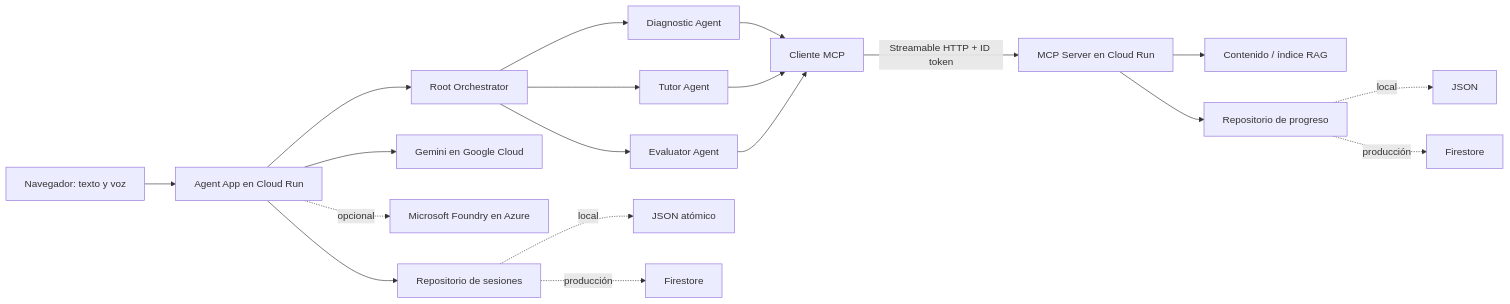
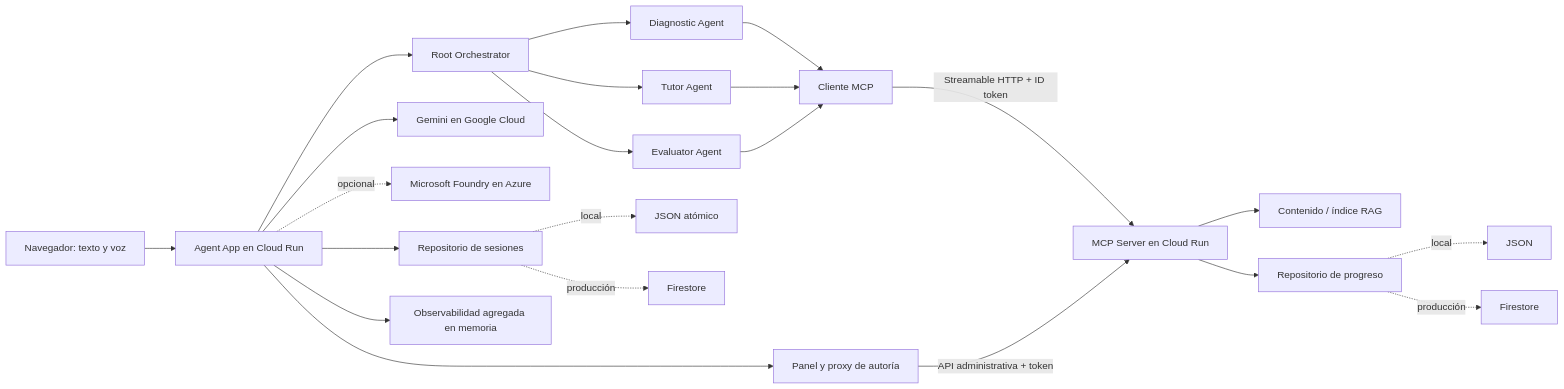
Before and after one commit to GDriem/AITeacher: the first of 2 diagrams in docs/architecture.md, drawn with Mermaid. The commit also changed other lines of this file and 5 other files, not shown here.

````diff
--- a/docs/architecture.md
+++ b/docs/architecture.md
@@ -18,19 +19,22 @@
 ```mermaid
 flowchart LR
   U["Navegador: texto y voz"] --> A["Agent App en Cloud Run"]
   A --> O["Root Orchestrator"]
   O --> D["Diagnostic Agent"]
   O --> T["Tutor Agent"]
   O --> E["Evaluator Agent"]
   D & T & E --> C["Cliente MCP"]
   C -->|"Streamable HTTP + ID token"| M["MCP Server en Cloud Run"]
   M --> R["Contenido / índice RAG"]
+  A --> AU["Panel y proxy de autoría"]
+  AU -->|"API administrativa + token"| M
   M --> P["Repositorio de progreso"]
   P -. "local" .-> J["JSON"]
   P -. "producción" .-> F["Firestore"]
   A --> G["Gemini en Google Cloud"]
   A -. "opcional" .-> AZ["Microsoft Foundry en Azure"]
   A --> S["Repositorio de sesiones"]
   S -. "local" .-> SJ["JSON atómico"]
   S -. "producción" .-> SF["Firestore"]
+  A --> OB["Observabilidad agregada en memoria"]
 ```
````
